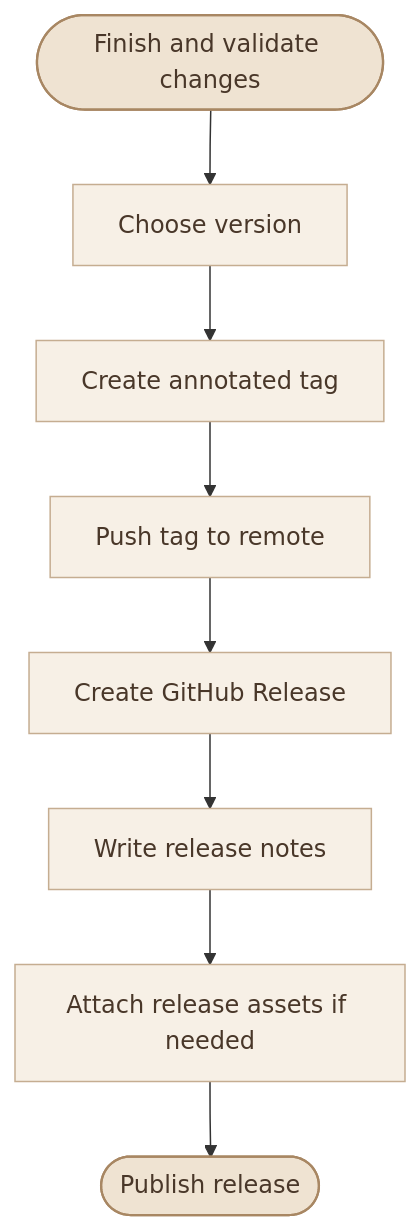
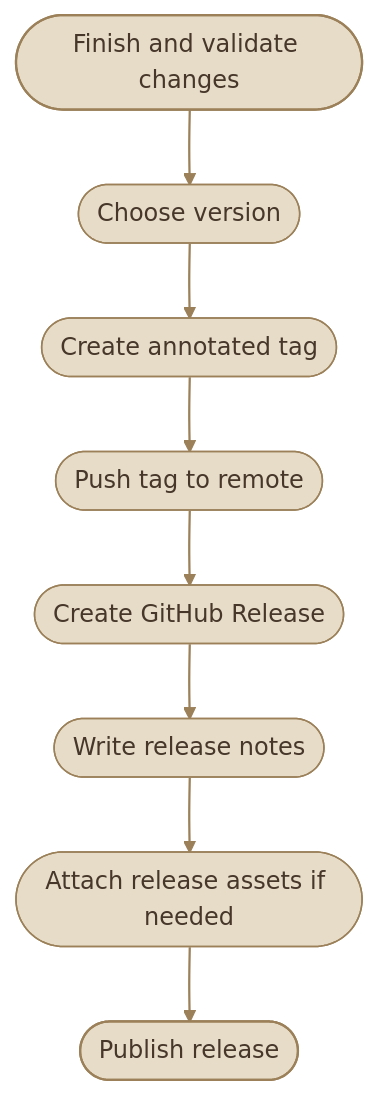
The first of 2 diagrams in content/version-control/Git and GitHub/tags-and-releases.mdx (mustafammasoud/ops-handbook), drawn with Mermaid before and after one commit. The commit also changed other lines of this file and 17 other files, not shown here.

````diff
--- a/content/version-control/Git and GitHub/tags-and-releases.mdx
+++ b/content/version-control/Git and GitHub/tags-and-releases.mdx
@@ -296,15 +312,17 @@
 ```mermaid
 flowchart TD
-    A(["Finish and validate changes"]) --> B["Choose version"]
-    B --> C["Create annotated tag"]
-    C --> D["Push tag to remote"]
-    D --> E["Create GitHub Release"]
-    E --> F["Write release notes"]
-    F --> G["Attach release assets if needed"]
+    A(["Finish and validate changes"]) --> B(["Choose version"])
+    B --> C(["Create annotated tag"])
+    C --> D(["Push tag to remote"])
+    D --> E(["Create GitHub Release"])
+    E --> F(["Write release notes"])
+    F --> G(["Attach release assets if needed"])
     G --> H(["Publish release"])
 
-    classDef stage fill:#efe3d2,stroke:#a88763,color:#493729,stroke-width:1.5px
-    classDef action fill:#f7f0e6,stroke:#c5ad91,color:#493729,stroke-width:1px
+    classDef stage fill:#E7DCC8,stroke:#9B8059,color:#46372A,stroke-width:1.5px
+    classDef action fill:#E7DCC8,stroke:#9B8059,color:#46372A,stroke-width:1px
     class A,H stage
     class B,C,D,E,F,G action
+
+    linkStyle default stroke:#9B8059,stroke-width:1.5px
 ```
````
